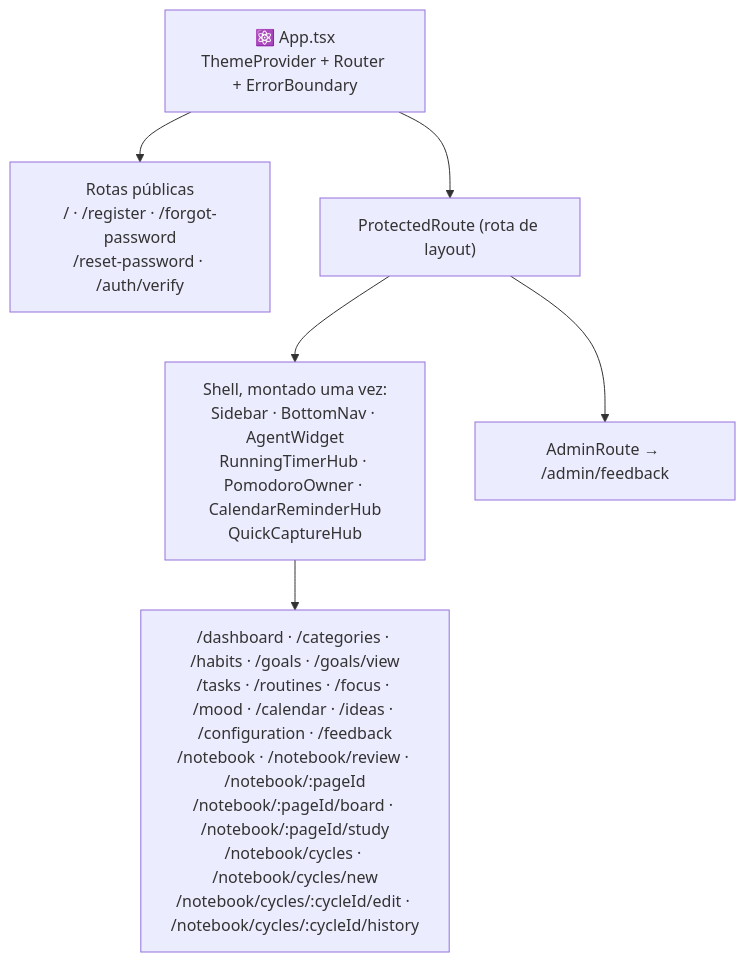
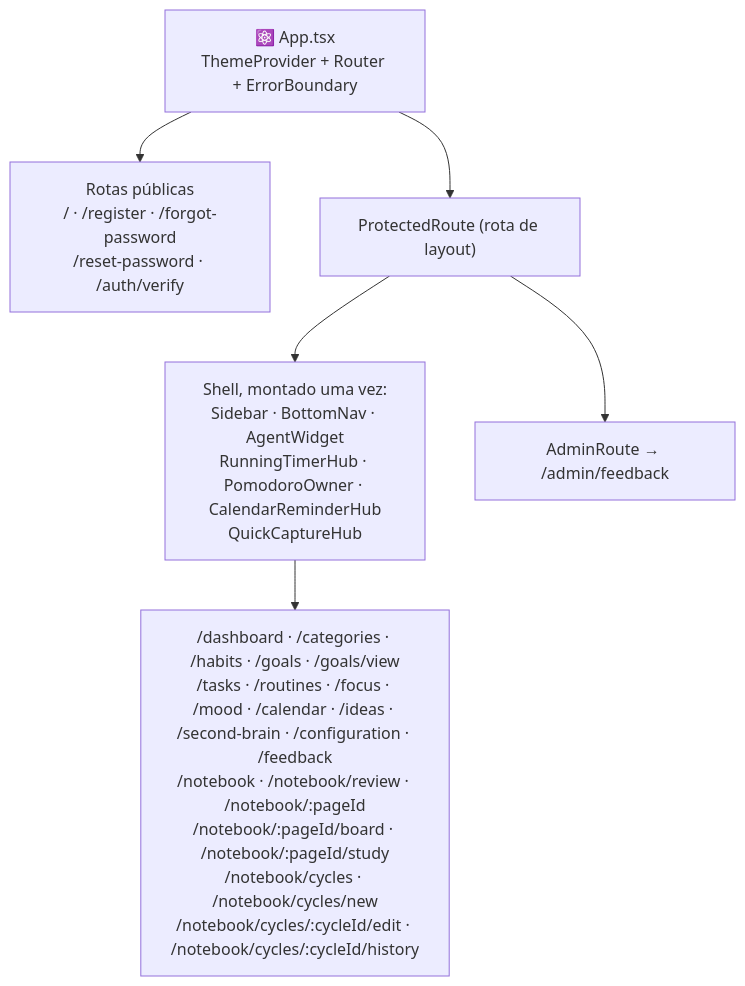
Before and after one commit to AndDev741/Beyou-arch-design: the diagram in architecture/ui-components/pt.md, drawn with Mermaid. The commit also changed other lines of this file and 31 other files, not shown here.

````diff
--- a/architecture/ui-components/pt.md
+++ b/architecture/ui-components/pt.md
@@ -10,9 +10,9 @@
 ```mermaid
 flowchart TD
   APP["⚛️ App.tsx<br/>ThemeProvider + Router + ErrorBoundary"]
   APP --> PUB["Rotas públicas<br/>/ · /register · /forgot-password<br/>/reset-password · /auth/verify"]
   APP --> PROT["ProtectedRoute (rota de layout)"]
   PROT --> SHELL["Shell, montado uma vez:<br/>Sidebar · BottomNav · AgentWidget<br/>RunningTimerHub · PomodoroOwner · CalendarReminderHub<br/>QuickCaptureHub"]
-  SHELL --> PAGES["/dashboard · /categories · /habits · /goals · /goals/view<br/>/tasks · /routines · /focus · /mood · /calendar · /ideas · /configuration · /feedback<br/>/notebook · /notebook/review · /notebook/:pageId<br/>/notebook/:pageId/board · /notebook/:pageId/study<br/>/notebook/cycles · /notebook/cycles/new<br/>/notebook/cycles/:cycleId/edit · /notebook/cycles/:cycleId/history"]
+  SHELL --> PAGES["/dashboard · /categories · /habits · /goals · /goals/view<br/>/tasks · /routines · /focus · /mood · /calendar · /ideas · /second-brain · /configuration · /feedback<br/>/notebook · /notebook/review · /notebook/:pageId<br/>/notebook/:pageId/board · /notebook/:pageId/study<br/>/notebook/cycles · /notebook/cycles/new<br/>/notebook/cycles/:cycleId/edit · /notebook/cycles/:cycleId/history"]
   PROT --> ADMIN["AdminRoute → /admin/feedback"]
 ```
````
